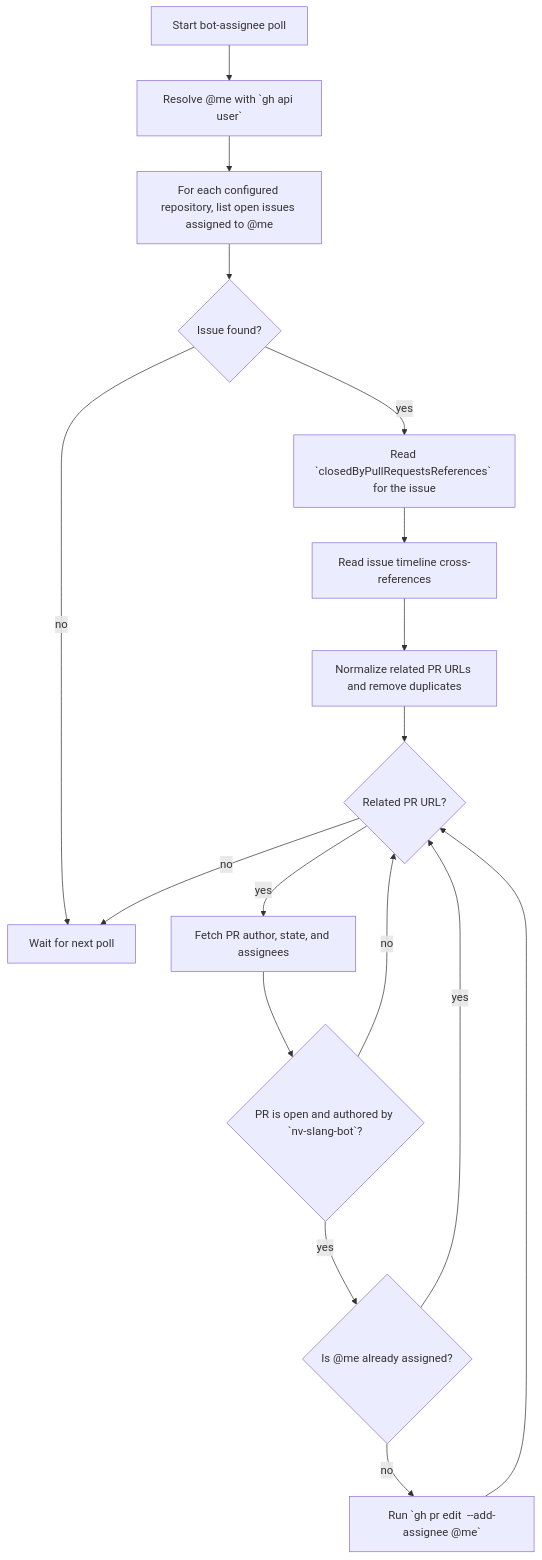
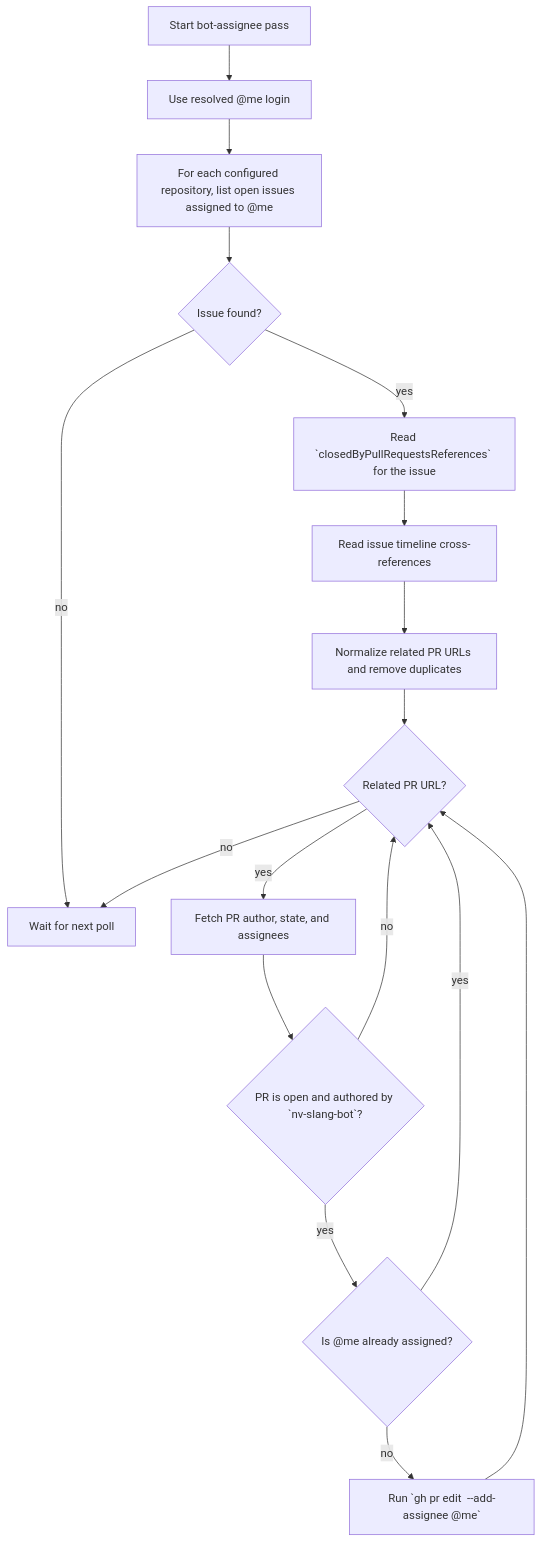
One commit to jkwak-work/slang changed the fourth of 4 diagrams in extras/agent-review.md. Above: the diagram before and after it, drawn with Mermaid. The commit also changed other lines of this file and 1 other file, not shown here.

Commit message:
Run bot PR assignment each poll

````diff
--- a/extras/agent-review.md
+++ b/extras/agent-review.md
@@ -139,19 +156,19 @@
 ```mermaid
 flowchart TD
-    A["Start bot-assignee poll"] --> B["Resolve @me with `gh api user`"]
+    A["Start bot-assignee pass"] --> B["Use resolved @me login"]
     B --> C["For each configured repository, list open issues assigned to @me"]
     C --> D{"Issue found?"}
     D -- no --> Z["Wait for next poll"]
     D -- yes --> E["Read `closedByPullRequestsReferences` for the issue"]
     E --> F["Read issue timeline cross-references"]
     F --> G["Normalize related PR URLs and remove duplicates"]
     G --> H{"Related PR URL?"}
     H -- no --> Z
     H -- yes --> I["Fetch PR author, state, and assignees"]
     I --> J{"PR is open and authored by `nv-slang-bot`?"}
     J -- no --> H
     J -- yes --> K{"Is @me already assigned?"}
     K -- yes --> H
     K -- no --> L["Run `gh pr edit <url> --add-assignee @me`"]
     L --> H
 ```
````
